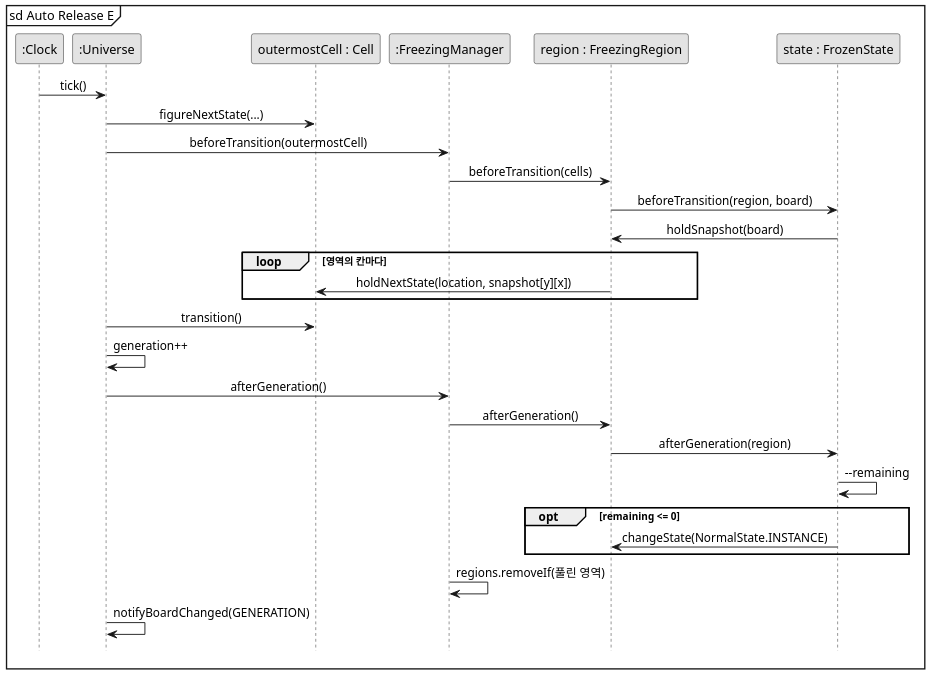
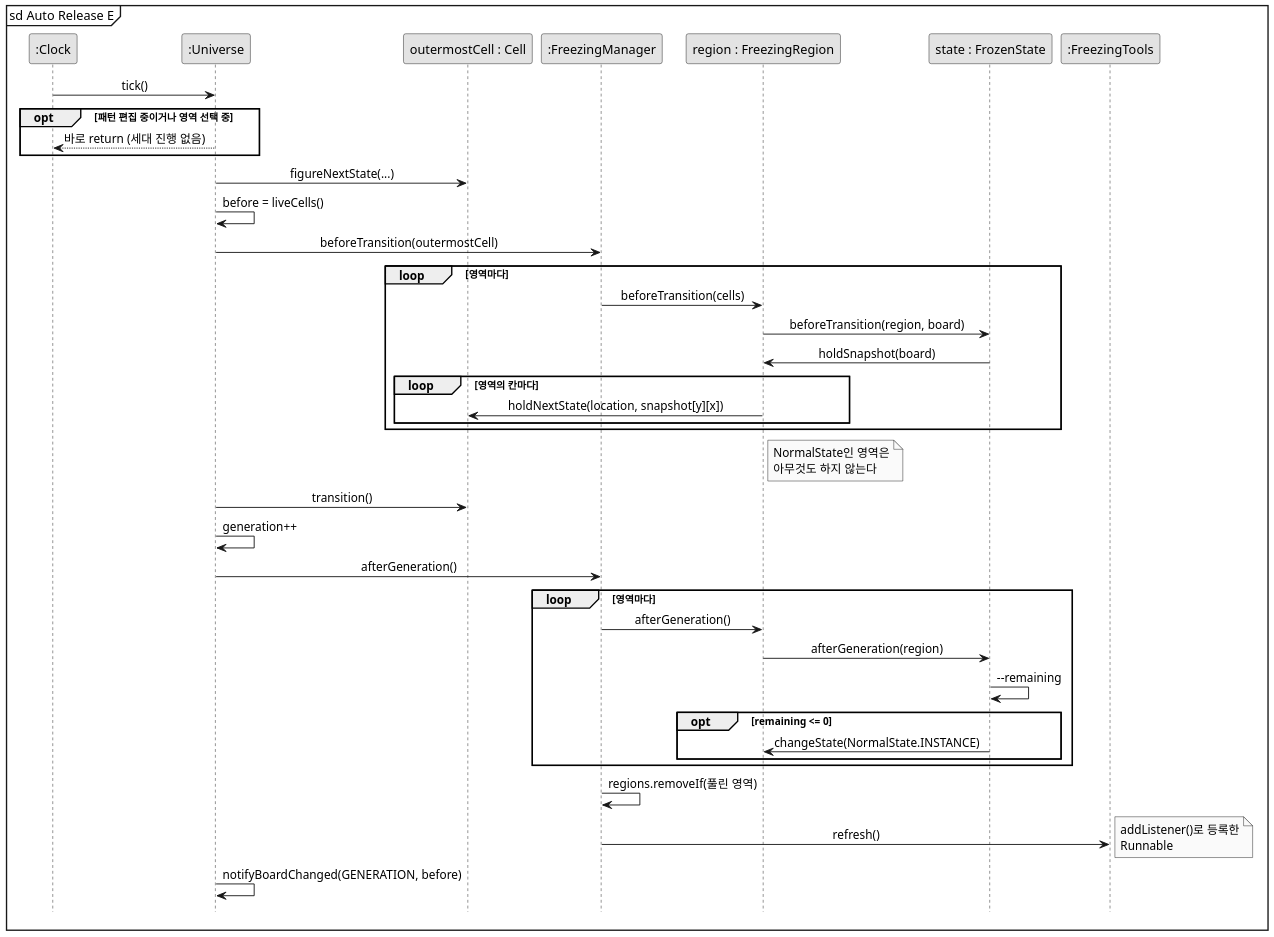
Before and after one commit to mckimR1972/DP_team_project: the diagram in docs/freezing/diagram/sd-auto-release.puml, drawn with PlantUML. The commit also changed 12 other files, not shown here.

First line of the commit message:
docs: Freezing 다이어그램을 코드와 문서에 맞게 고침

```diff
--- a/docs/freezing/diagram/sd-auto-release.puml
+++ b/docs/freezing/diagram/sd-auto-release.puml
@@ -1,38 +1,50 @@
 @startuml sd-auto-release
 skinparam monochrome true
 skinparam dpi 150
 skinparam shadowing false
 skinparam defaultFontName "Malgun Gothic"
 skinparam sequenceMessageAlign center
 hide footbox
 mainframe sd Auto Release E
 
 participant ":Clock" as C
 participant ":Universe" as U
 participant "outermostCell : Cell" as B
 participant ":FreezingManager" as M
 participant "region : FreezingRegion" as R
 participant "state : FrozenState" as F
+participant ":FreezingTools" as T
 
 C -> U : tick()
+opt 패턴 편집 중이거나 영역 선택 중
+  U --> C : 바로 return (세대 진행 없음)
+end
 U -> B : figureNextState(...)
+U -> U : before = liveCells()
 U -> M : beforeTransition(outermostCell)
-M -> R : beforeTransition(cells)
-R -> F : beforeTransition(region, board)
-F -> R : holdSnapshot(board)
-loop 영역의 칸마다
-  R -> B : holdNextState(location, snapshot[y][x])
+loop 영역마다
+  M -> R : beforeTransition(cells)
+  R -> F : beforeTransition(region, board)
+  F -> R : holdSnapshot(board)
+  loop 영역의 칸마다
+    R -> B : holdNextState(location, snapshot[y][x])
+  end
 end
+note right of R : NormalState인 영역은\n아무것도 하지 않는다
 U -> B : transition()
 U -> U : generation++
 
 U -> M : afterGeneration()
-M -> R : afterGeneration()
-R -> F : afterGeneration(region)
-F -> F : --remaining
-opt remaining <= 0
-  F -> R : changeState(NormalState.INSTANCE)
+loop 영역마다
+  M -> R : afterGeneration()
+  R -> F : afterGeneration(region)
+  F -> F : --remaining
+  opt remaining <= 0
+    F -> R : changeState(NormalState.INSTANCE)
+  end
 end
 M -> M : regions.removeIf(풀린 영역)
-U -> U : notifyBoardChanged(GENERATION)
+M -> T : refresh()
+note right : addListener()로 등록한\nRunnable
+U -> U : notifyBoardChanged(GENERATION, before)
 @enduml
```
